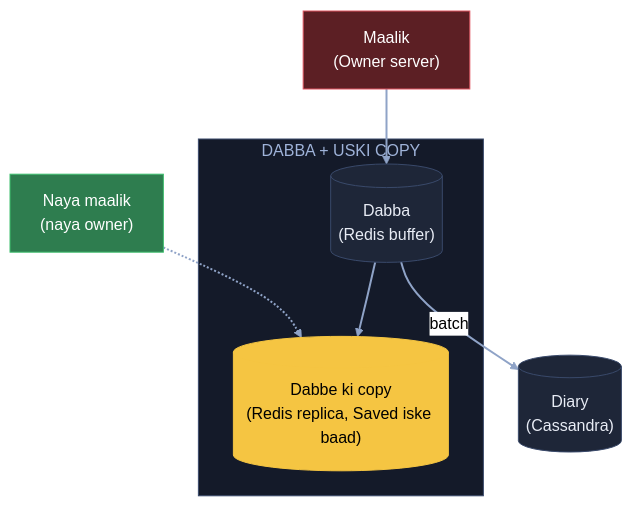
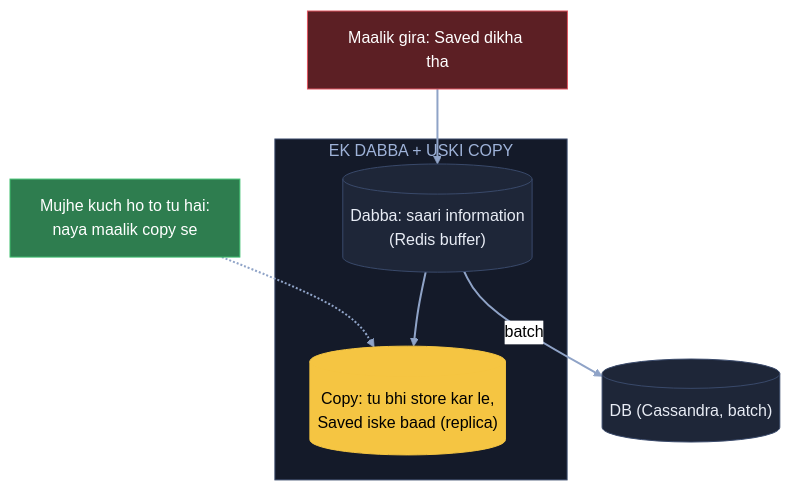
Before and after one commit to ArpanMaheshwari144/Prep: the fifth of 7 diagrams in 04_HLD/SYSTEM_DESIGNS/11_google_docs_collab/11_google_docs_collab.md, drawn with Mermaid (neutral theme). The commit also changed other lines of this file, not shown here.

Commit message:
Docs: 7 diagram hand notes ke shabdon se, K5 me 500 copy / paisa / interviewer wali baat notes jaisi

````diff
--- a/04_HLD/SYSTEM_DESIGNS/11_google_docs_collab/11_google_docs_collab.md
+++ b/04_HLD/SYSTEM_DESIGNS/11_google_docs_collab/11_google_docs_collab.md
@@ -167,20 +172,20 @@
 ```mermaid
 flowchart TB
-    O["Maalik<br/>(Owner server)"]:::bad
-    subgraph DC["DABBA + USKI COPY"]
-        B[("Dabba<br/>(Redis buffer)")]:::card
-        C[("Dabbe ki copy<br/>(Redis replica, Saved iske baad)")]:::pill
+    O["Maalik gira: Saved dikha tha"]:::bad
+    subgraph DC["EK DABBA + USKI COPY"]
+        B[("Dabba: saari information<br/>(Redis buffer)")]:::card
+        C[("Copy: tu bhi store kar le,<br/>Saved iske baad (replica)")]:::pill
     end
-    D[("Diary<br/>(Cassandra)")]:::card
-    N["Naya maalik<br/>(naya owner)"]:::good
+    D[("DB (Cassandra, batch)")]:::card
+    N["Mujhe kuch ho to tu hai:<br/>naya maalik copy se"]:::good
     O --> B
     B --> C
     B -- "batch" --> D
     N -.-> C
     linkStyle default stroke:#8fa3c7,stroke-width:2px
     classDef card fill:#1e2638,stroke:#3a4a6b,color:#e8ecf5
     classDef pill fill:#f5c542,stroke:#f5c542,color:#000
     classDef good fill:#2e7d4f,stroke:#3fbf6f,color:#fff
     classDef bad fill:#5c1f24,stroke:#e05561,color:#fff
     style DC fill:#141a29,stroke:#3a4a6b,color:#9fb3d9
 ```
````
